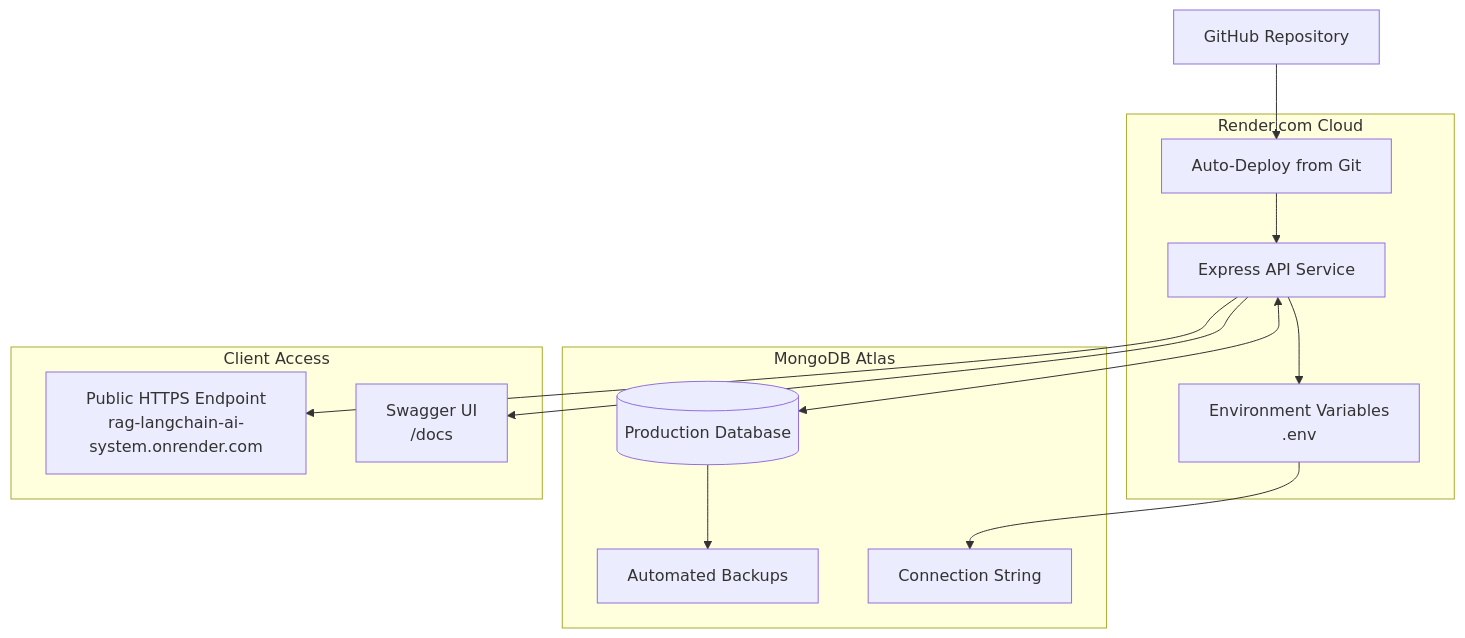
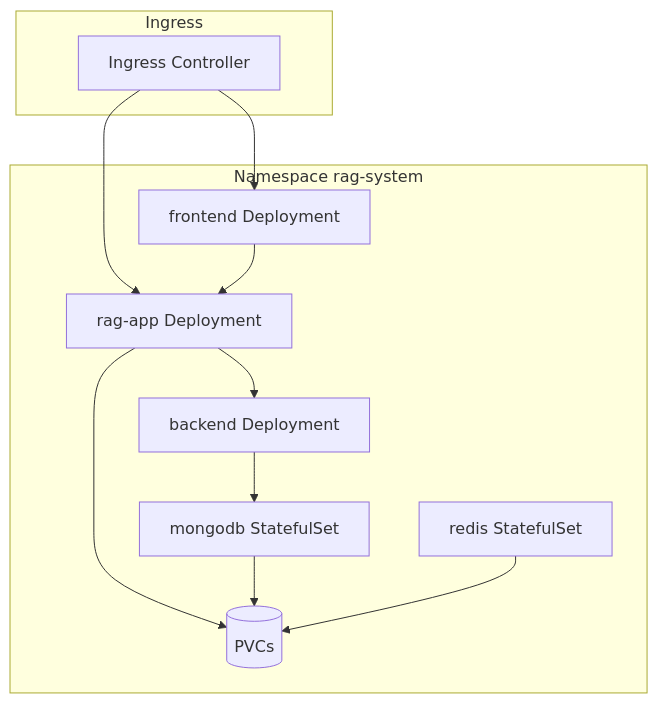
Before and after one commit to yamposskype/AI-RAG-LangChain: diagram 15 of 21 in ARCHITECTURE.md, drawn with Mermaid. The commit also changed other lines of this file and 164 other files, not shown here.

````diff
--- a/ARCHITECTURE.md
+++ b/ARCHITECTURE.md
@@ -596,30 +630,24 @@
 ```mermaid
 graph TB
-    subgraph "Render.com Cloud"
-        A[Express API Service]
-        B[Environment Variables<br/>.env]
-        C[Auto-Deploy from Git]
-
-        A --> B
-        C --> A
+    subgraph Ingress
+      ING[Ingress Controller]
     end
 
-    subgraph "MongoDB Atlas"
-        D[(Production Database)]
-        E[Automated Backups]
-        F[Connection String]
+    subgraph Namespace rag-system
+      FE[frontend Deployment]
+      RA[rag-app Deployment]
+      BE[backend Deployment]
+      MDB[mongodb StatefulSet]
+      RED[redis StatefulSet]
+      PVC[(PVCs)]
     end
 
-    subgraph "Client Access"
-        G[Public HTTPS Endpoint<br/>rag-langchain-ai-system.onrender.com]
-        H[Swagger UI<br/>/docs]
-    end
-
-    A <--> D
-    D --> E
-    B --> F
-    A --> G
-    A --> H
-
-    I[GitHub Repository] --> C
+    ING --> FE
+    ING --> RA
+    FE --> RA
+    RA --> BE
+    BE --> MDB
+    RA --> PVC
+    MDB --> PVC
+    RED --> PVC
 ```
````
